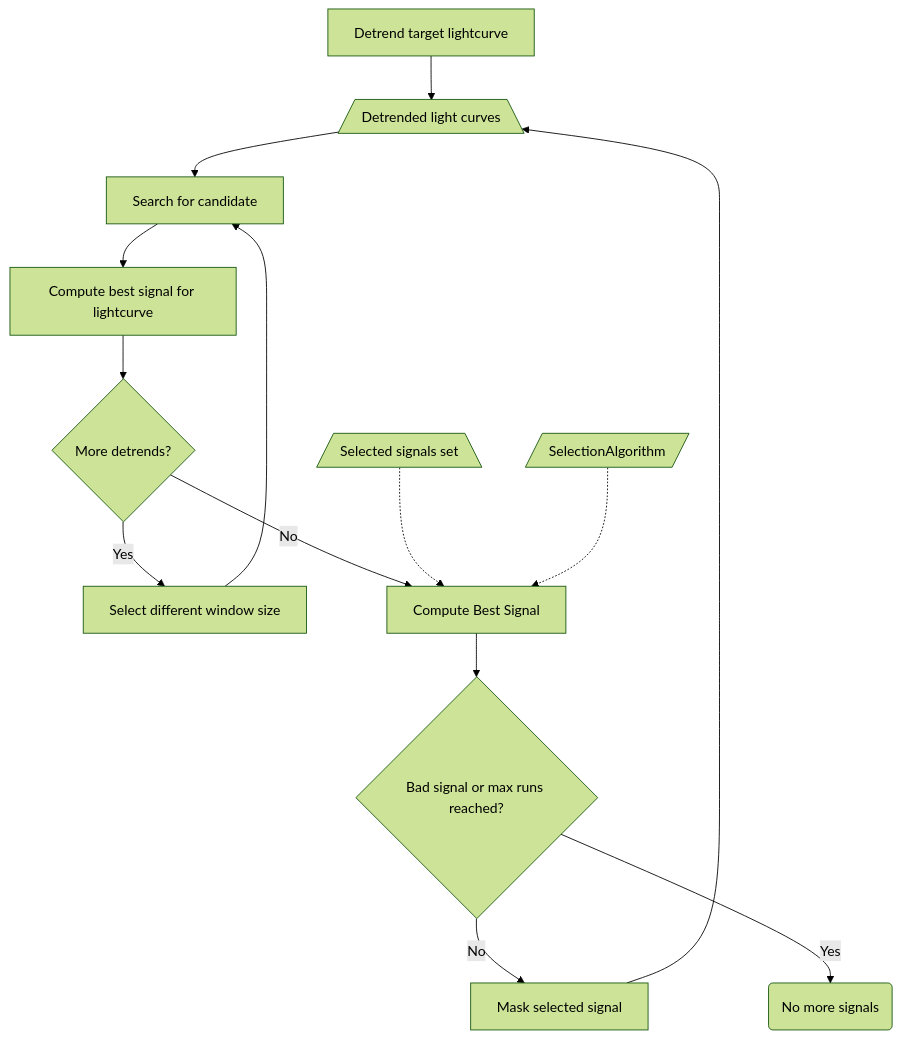
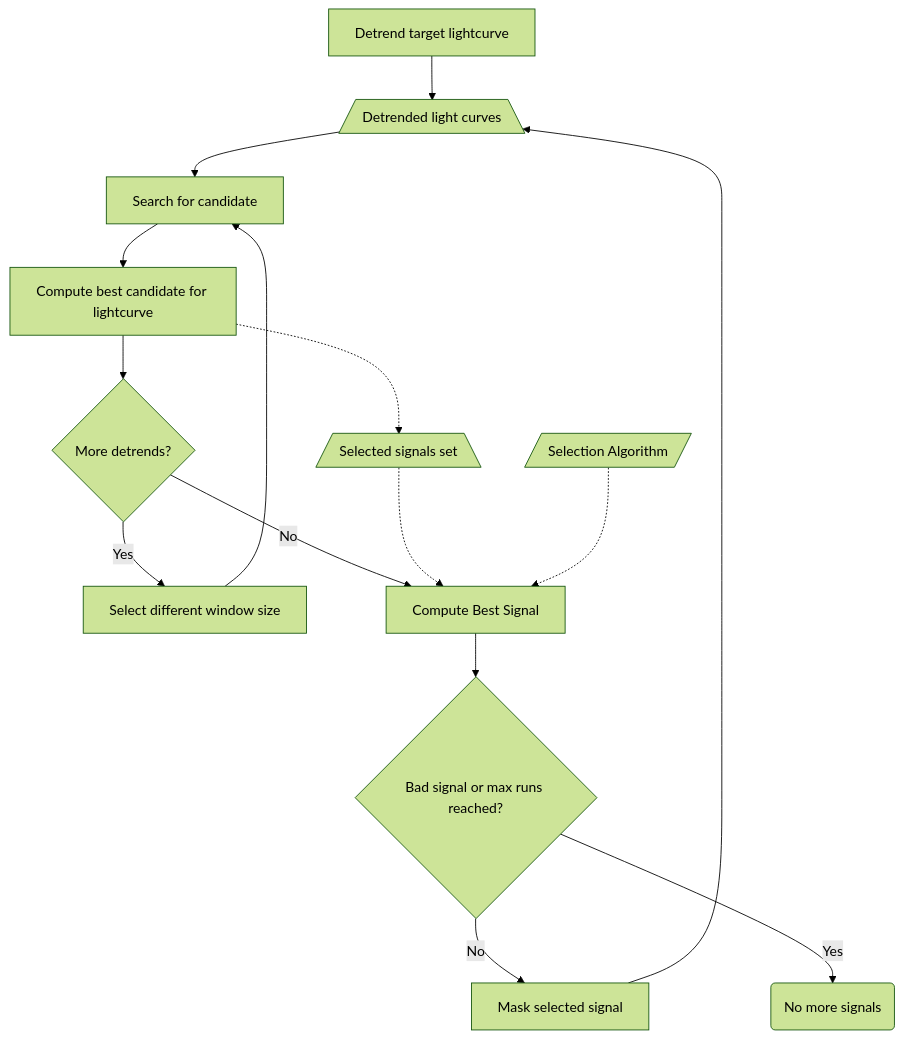
Before and after one commit to franpoz/SHERLOCK: the diagram in docs/source/search-proc.rst, drawn with Mermaid (forest theme). The commit also changed other lines of this file and 7 other files, not shown here.

```diff
--- a/docs/source/search-proc.rst
+++ b/docs/source/search-proc.rst
@@ -15,16 +15,17 @@
 .. mermaid::
 
    flowchart TB
        A[Detrend target lightcurve] --> B[/Detrended light curves\]
        B --> C[Search for candidate]
-       C --> D[Compute best signal for lightcurve]
+       C --> D[Compute best candidate for lightcurve]
        D --> F{More detrends?}
        F -- Yes --> G[Select different window size]
        G --> C
        F -- No --> Compute[Compute Best Signal]
+       D -.-> Signals[/Selected signals set\]
        Signals[/Selected signals set\] -.-> Compute
-       SelectionAlgorithm[/SelectionAlgorithm/] -.-> Compute
+       SelectionAlgorithm[/Selection Algorithm/] -.-> Compute
        Compute --> Good{Bad signal or max runs reached?}
        Good -- No --> Mask[Mask selected signal]
        Mask --> B
        Good -- Yes --> End(No more signals)
```
